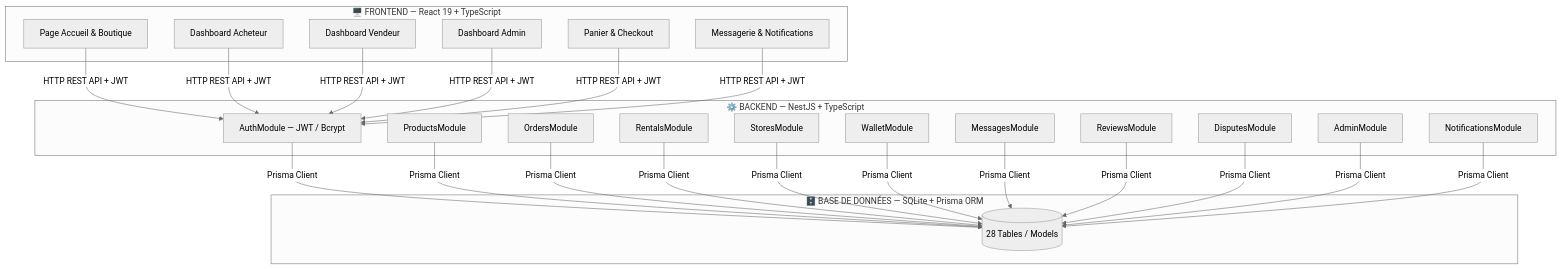
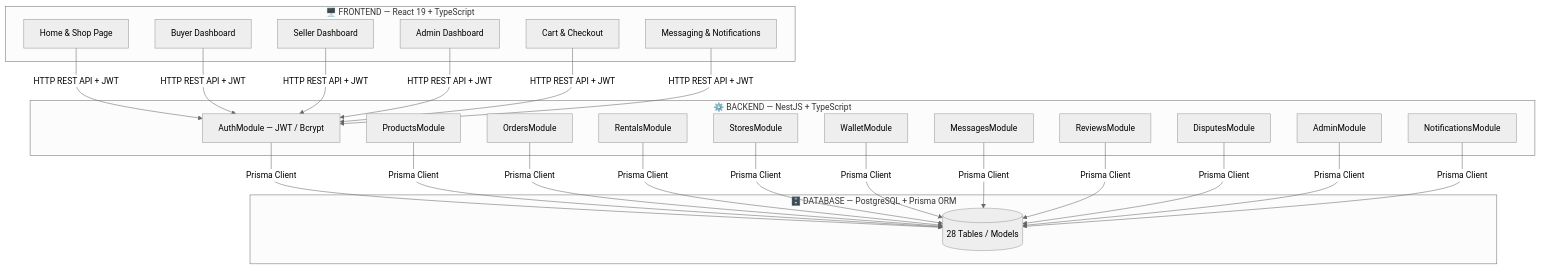
One commit to tayeb736/prohect12 changed the first of 7 diagrams in presentation_medishop.md. Above: the diagram before and after it, drawn with Mermaid (neutral theme). The commit also changed other lines of this file and 5 other files, not shown here.

````diff
--- a/presentation_medishop.md
+++ b/presentation_medishop.md
@@ -12,32 +12,32 @@
 ```mermaid
 graph TD
   subgraph "🖥️ FRONTEND — React 19 + TypeScript"
-    A1[Page Accueil & Boutique]
-    A2[Dashboard Acheteur]
-    A3[Dashboard Vendeur]
-    A4[Dashboard Admin]
-    A5[Panier & Checkout]
-    A6[Messagerie & Notifications]
+    A1[Home & Shop Page]
+    A2[Buyer Dashboard]
+    A3[Seller Dashboard]
+    A4[Admin Dashboard]
+    A5[Cart & Checkout]
+    A6[Messaging & Notifications]
   end
 
   subgraph "⚙️ BACKEND — NestJS + TypeScript"
     B1[AuthModule — JWT / Bcrypt]
     B2[ProductsModule]
     B3[OrdersModule]
     B4[RentalsModule]
     B5[StoresModule]
     B6[WalletModule]
     B7[MessagesModule]
     B8[ReviewsModule]
     B9[DisputesModule]
     B10[AdminModule]
     B11[NotificationsModule]
   end
 
-  subgraph "🗄️ BASE DE DONNÉES — SQLite + Prisma ORM"
+  subgraph "🗄️ DATABASE — PostgreSQL + Prisma ORM"
     C1[(28 Tables / Models)]
   end
 
   A1 & A2 & A3 & A4 & A5 & A6 -->|HTTP REST API + JWT| B1
   B1 & B2 & B3 & B4 & B5 & B6 & B7 & B8 & B9 & B10 & B11 -->|Prisma Client| C1
 ```
````
